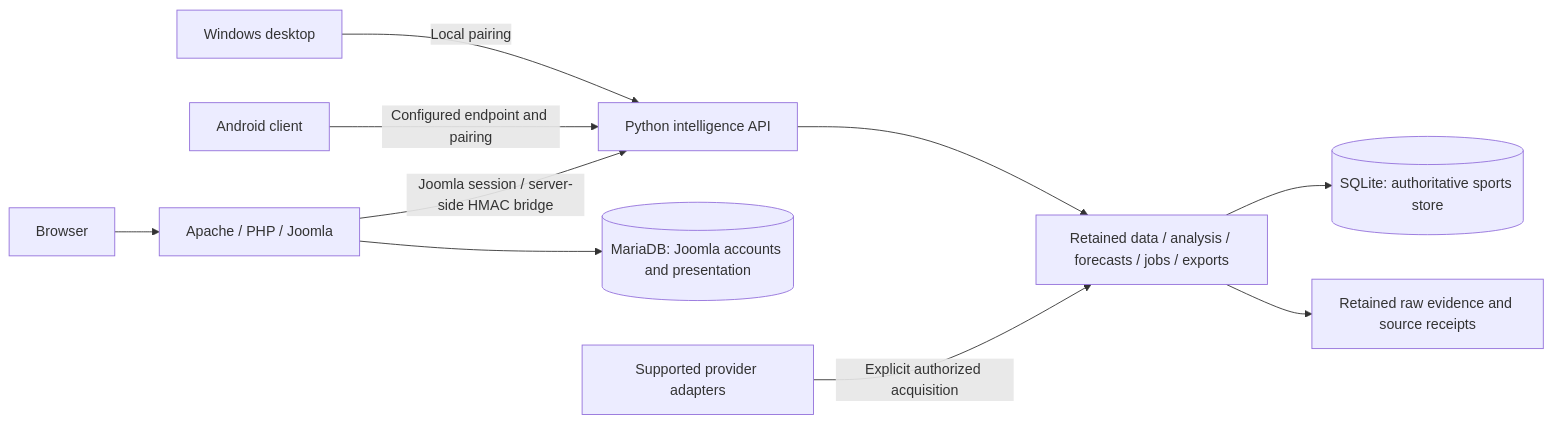
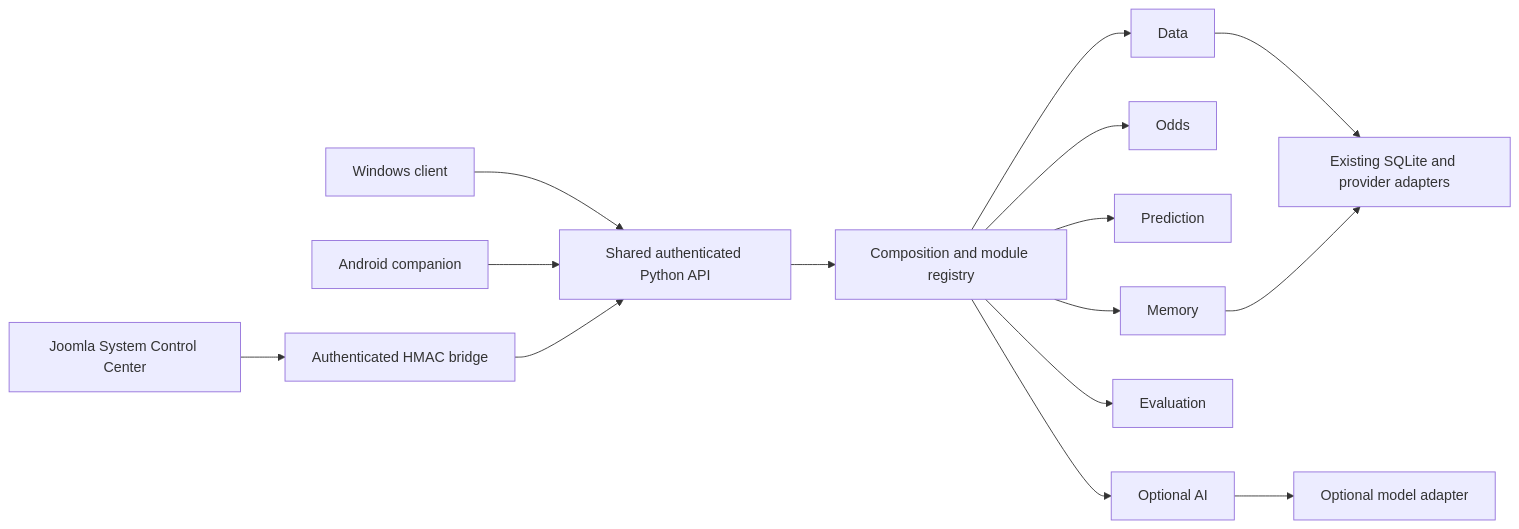
The diagram in README.md (chatgptopenaiagi/DRAGONHYDRA), drawn with Mermaid before and after one commit. The commit also changed other lines of this file and 104 other files, not shown here.

Commit message:
Introduce CORE NEXT composed engines, registry and isolated System Control Center

````diff
--- a/README.md
+++ b/README.md
@@ -75,12 +32,17 @@
 ```mermaid
 flowchart LR
-    W[Windows desktop] -->|Local pairing| API[Python intelligence API]
-    A[Android client] -->|Configured endpoint and pairing| API
-    B[Browser] --> J[Apache / PHP / Joomla]
-    J -->|Joomla session / server-side HMAC bridge| API
-    J --> JM[(MariaDB: Joomla accounts and presentation)]
-    API --> P[Retained data / analysis / forecasts / jobs / exports]
-    P --> S[(SQLite: authoritative sports store)]
-    P --> E[Retained raw evidence and source receipts]
-    C[Supported provider adapters] -->|Explicit authorized acquisition| P
+  Joomla[Joomla System Control Center] --> Bridge[Authenticated HMAC bridge]
+  Desktop[Windows client] --> API[Shared authenticated Python API]
+  Android[Android companion] --> API
+  Bridge --> API
+  API --> Kernel[Composition and module registry]
+  Kernel --> Data[Data]
+  Kernel --> Odds[Odds]
+  Kernel --> Prediction[Prediction]
+  Kernel --> Memory[Memory]
+  Kernel --> Evaluation[Evaluation]
+  Kernel --> AI[Optional AI]
+  Data --> Storage[Existing SQLite and provider adapters]
+  Memory --> Storage
+  AI --> Model[Optional model adapter]
 ```
````
